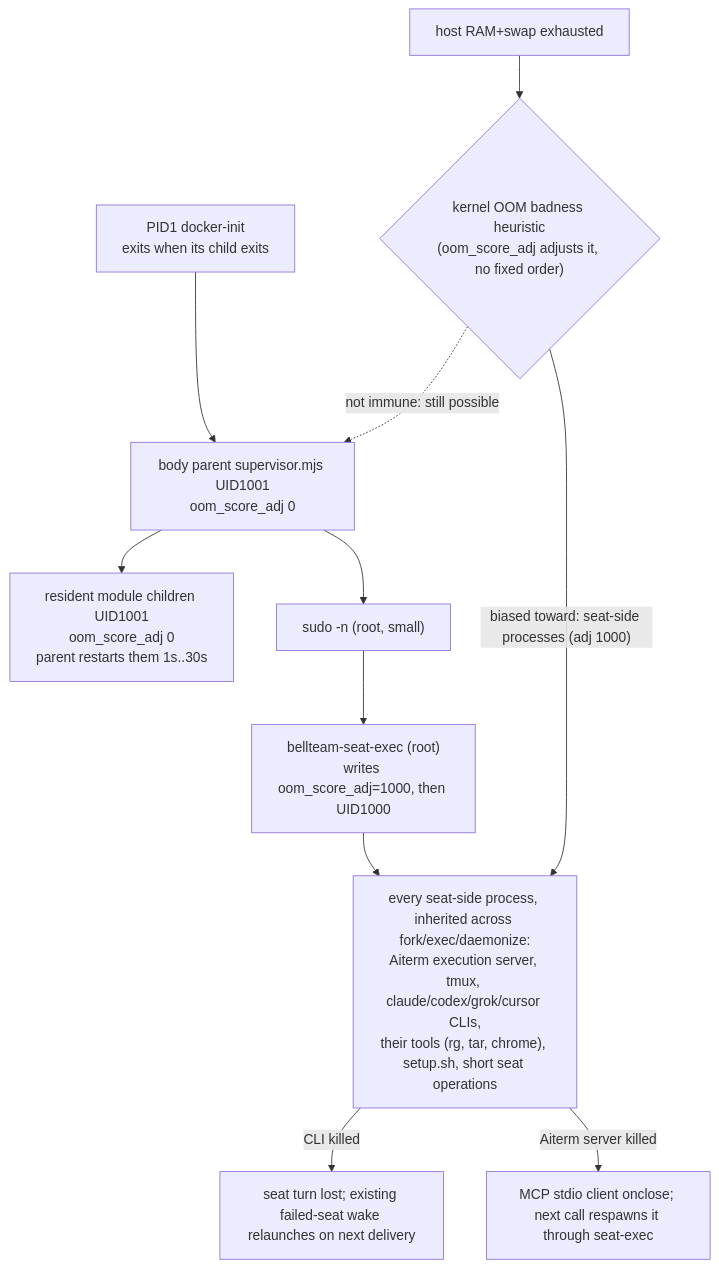
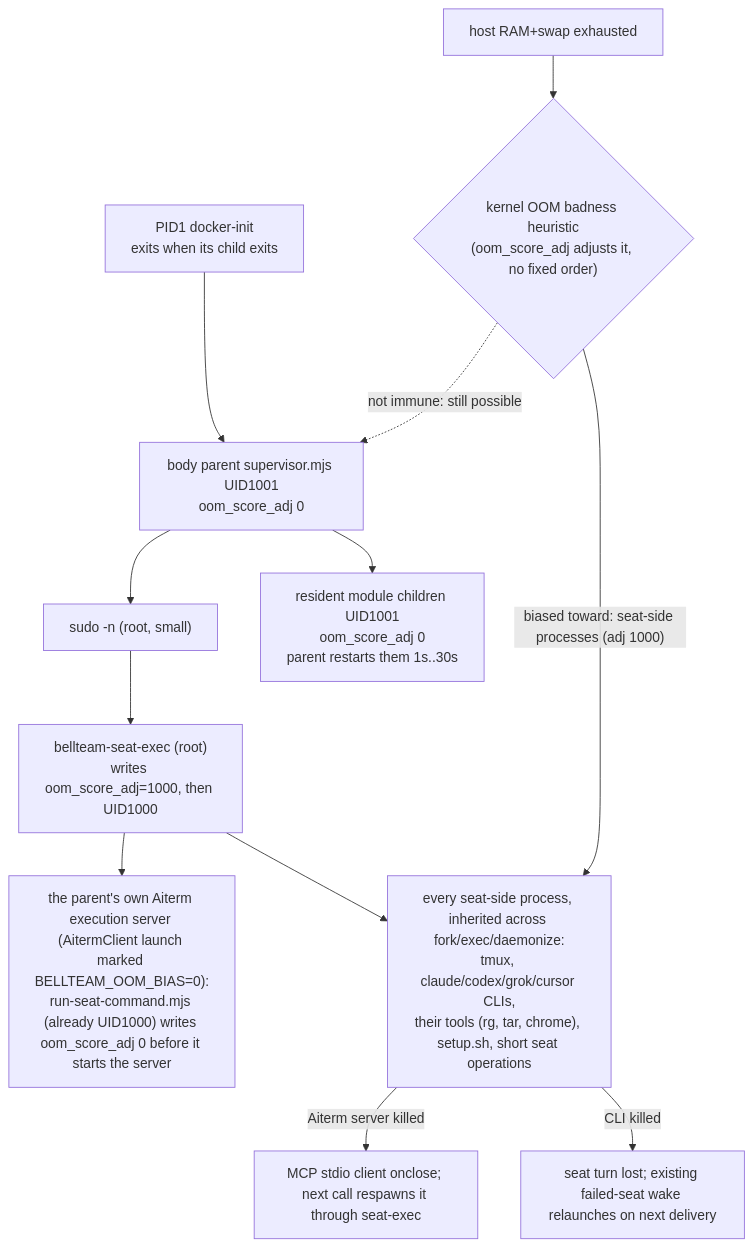
One commit to kitepon/BellTeam changed the third of 8 diagrams in docs/architecture/modules/runtime/execution.md. Above: the diagram before and after it, drawn with Mermaid. The commit also changed other lines of this file and 3 other files, not shown here.

Commit message:
Body-side Aiterm keeps the kernel OOM default, not the seat bias (a466m)

````diff
--- a/docs/architecture/modules/runtime/execution.md
+++ b/docs/architecture/modules/runtime/execution.md
@@ -84,13 +84,14 @@
 ```mermaid
 flowchart TD
   Init["PID1 docker-init<br/>exits when its child exits"] --> Parent["body parent supervisor.mjs UID1001<br/>oom_score_adj 0"]
   Parent --> Modules["resident module children UID1001<br/>oom_score_adj 0<br/>parent restarts them 1s..30s"]
   Parent --> Sudo["sudo -n (root, small)"]
   Sudo --> SeatExec["bellteam-seat-exec (root)<br/>writes oom_score_adj=1000, then UID1000"]
-  SeatExec --> SeatTree["every seat-side process, inherited across fork/exec/daemonize:<br/>Aiterm execution server, tmux, claude/codex/grok/cursor CLIs,<br/>their tools (rg, tar, chrome), setup.sh, short seat operations"]
+  SeatExec --> SeatTree["every seat-side process, inherited across fork/exec/daemonize:<br/>tmux, claude/codex/grok/cursor CLIs,<br/>their tools (rg, tar, chrome), setup.sh, short seat operations"]
+  SeatExec --> BodyAiterm["the parent's own Aiterm execution server (AitermClient launch marked BELLTEAM_OOM_BIAS=0):<br/>run-seat-command.mjs (already UID1000) writes oom_score_adj 0 before it starts the server"]
   Pressure["host RAM+swap exhausted"] --> Pick{"kernel OOM badness heuristic<br/>(oom_score_adj adjusts it, no fixed order)"}
   Pick -->|"biased toward: seat-side processes (adj 1000)"| SeatTree
   Pick -.->|"not immune: still possible"| Parent
   SeatTree -->|"CLI killed"| SeatRecover["seat turn lost; existing failed-seat wake relaunches on next delivery"]
   SeatTree -->|"Aiterm server killed"| AitermRecover["MCP stdio client onclose; next call respawns it through seat-exec"]
 ```
````
